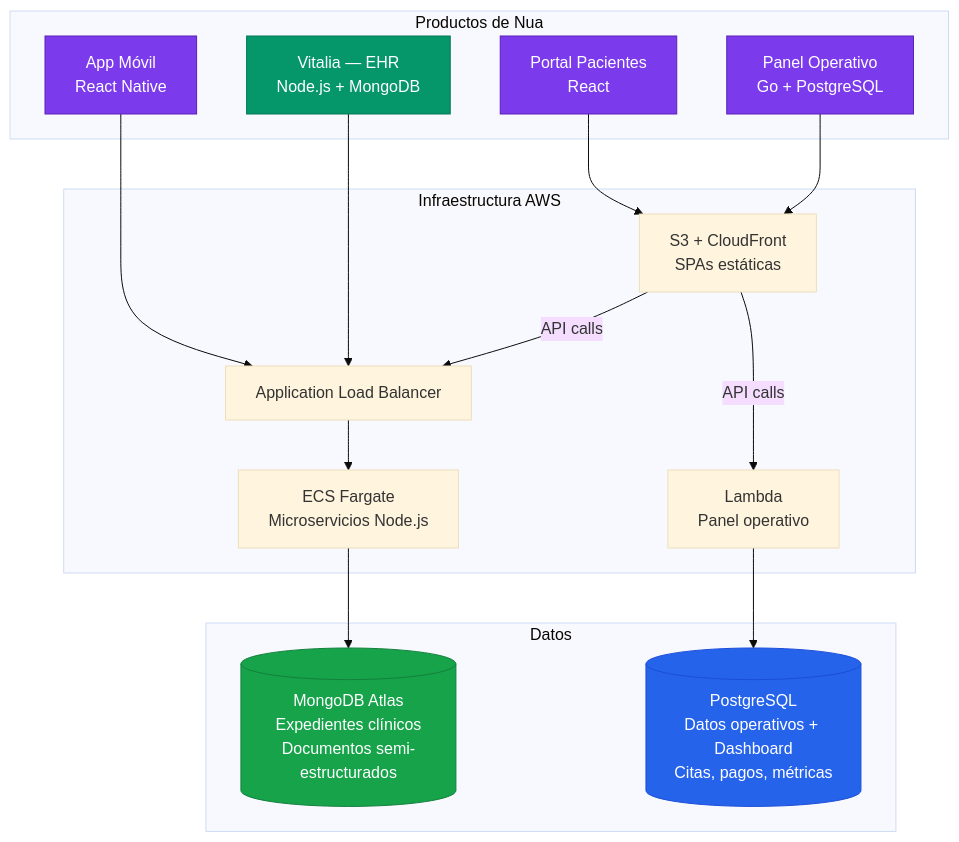
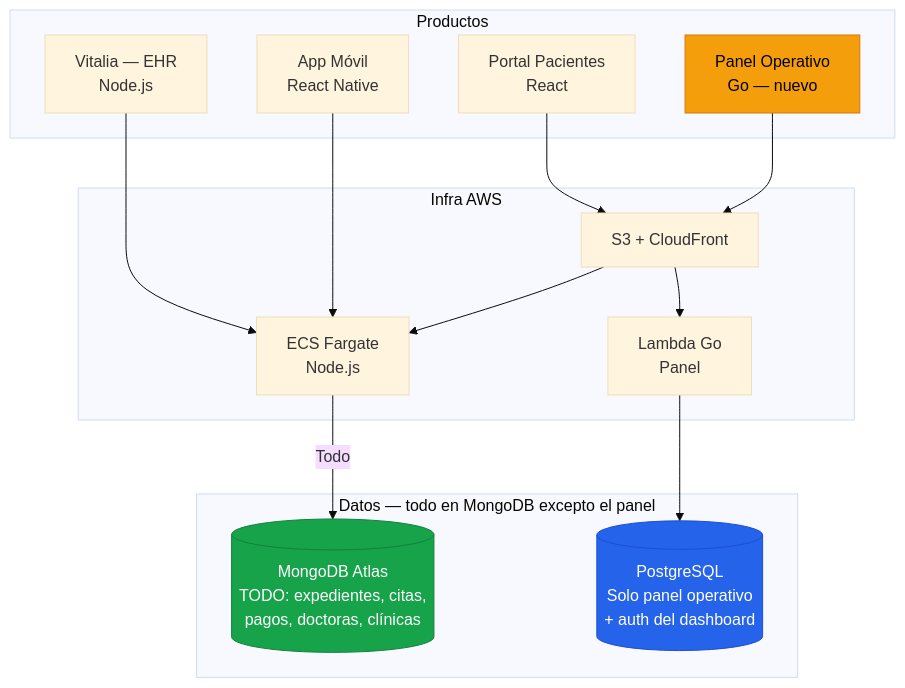
One commit to gmeono94/nua-salud-panel changed diagram 12 of 20 in README.md. Above: the diagram before and after it, drawn with Mermaid (base theme). The commit also changed other lines of this file, not shown here.

First line of the commit message:
docs: comprehensive README rewrite with CTO-level architecture decisions

````diff
--- a/README.md
+++ b/README.md
@@ -651,40 +654,34 @@
 ```mermaid
 graph TB
-    subgraph "Productos de Nua"
-        V[Vitalia — EHR<br/>Node.js + MongoDB]
+    subgraph "Productos"
+        V[Vitalia — EHR<br/>Node.js]
         PP[Portal Pacientes<br/>React]
         MA[App Móvil<br/>React Native]
-        DP[Panel Operativo<br/>Go + PostgreSQL]
+        DP[Panel Operativo<br/>Go — nuevo]
     end
 
-    subgraph "Datos"
-        MDB[(MongoDB Atlas<br/>Expedientes clínicos<br/>Documentos semi-estructurados)]
-        PG[(PostgreSQL<br/>Datos operativos + Dashboard<br/>Citas, pagos, métricas)]
+    subgraph "Datos — todo en MongoDB excepto el panel"
+        MDB[(MongoDB Atlas<br/>TODO: expedientes, citas,<br/>pagos, doctoras, clínicas)]
+        PG[(PostgreSQL<br/>Solo panel operativo<br/>+ auth del dashboard)]
     end
 
-    subgraph "Infraestructura AWS"
-        ALB[Application Load Balancer]
-        ECS[ECS Fargate<br/>Microservicios Node.js]
-        LAM[Lambda<br/>Panel operativo]
-        S3[S3 + CloudFront<br/>SPAs estáticas]
+    subgraph "Infra AWS"
+        ECS[ECS Fargate<br/>Node.js]
+        LAM[Lambda Go<br/>Panel]
+        S3[S3 + CloudFront]
     end
 
+    V --> ECS
     PP --> S3
-    MA --> ALB
-    V --> ALB
+    MA --> ECS
     DP --> S3
 
-    ALB --> ECS
-    S3 -->|API calls| ALB
-    S3 -->|API calls| LAM
-
-    ECS --> MDB
+    ECS -->|Todo| MDB
+    S3 --> ECS
+    S3 --> LAM
     LAM --> PG
 
-    style V fill:#059669,stroke:#047857,color:#fff
-    style PP fill:#7c3aed,stroke:#5b21b6,color:#fff
-    style MA fill:#7c3aed,stroke:#5b21b6,color:#fff
-    style DP fill:#7c3aed,stroke:#5b21b6,color:#fff
     style MDB fill:#16a34a,stroke:#15803d,color:#fff
     style PG fill:#2563eb,stroke:#1d4ed8,color:#fff
+    style DP fill:#f59e0b,stroke:#d97706,color:#000
 ```
````
